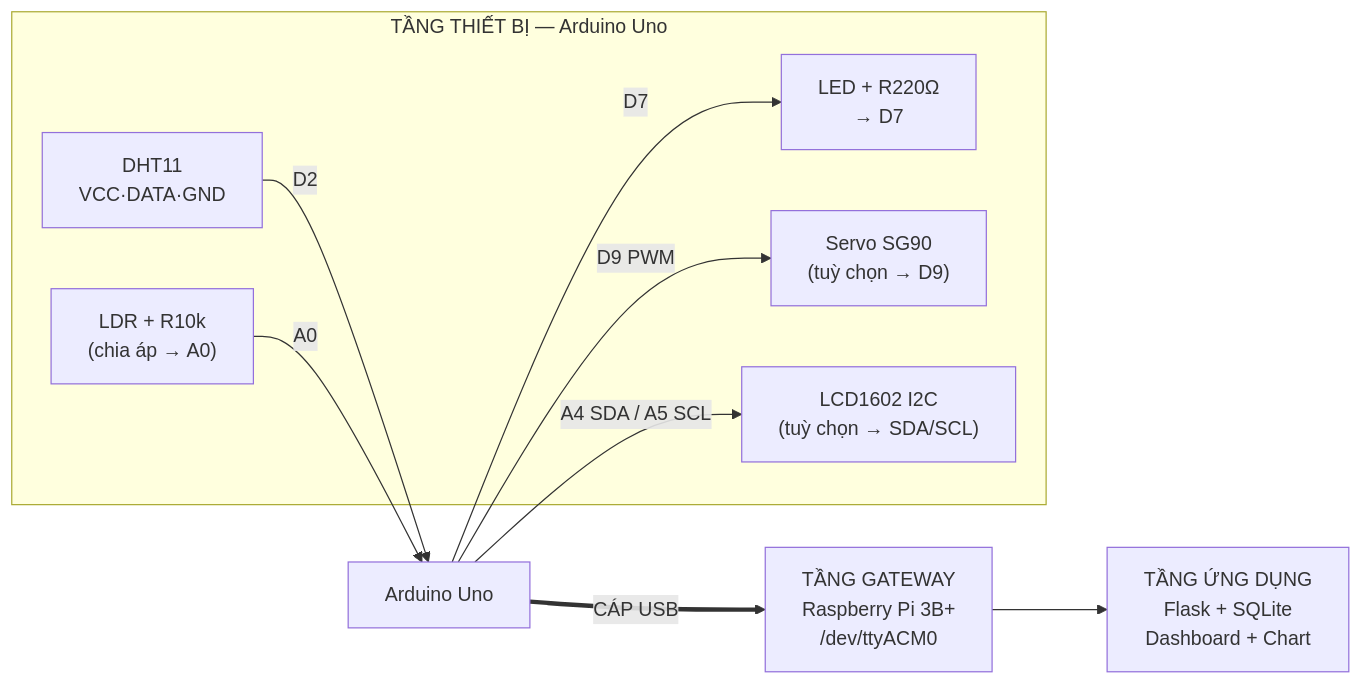
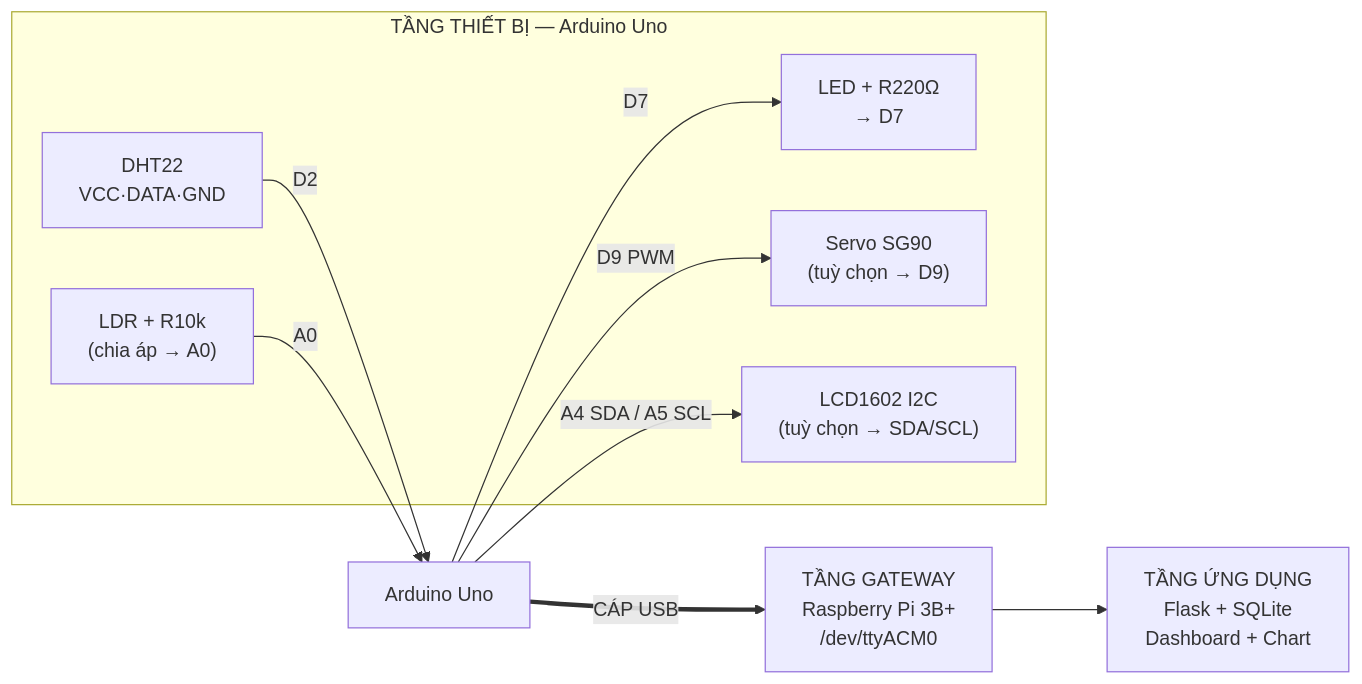
One commit to bnqtoan/smart-greenhouse-iot changed the diagram in docs/WIRING.md. Above: the diagram before and after it, drawn with Mermaid. The commit also changed other lines of this file and 5 other files, not shown here.

````diff
--- a/docs/WIRING.md
+++ b/docs/WIRING.md
@@ -11,17 +11,17 @@
 ```mermaid
 flowchart LR
     subgraph DEV["TẦNG THIẾT BỊ — Arduino Uno"]
-        DHT["DHT11<br/>VCC·DATA·GND"]
+        DHT["DHT22<br/>VCC·DATA·GND"]
         LDR["LDR + R10k<br/>(chia áp → A0)"]
         LED["LED + R220Ω<br/>→ D7"]
         SERVO["Servo SG90<br/>(tuỳ chọn → D9)"]
         LCD["LCD1602 I2C<br/>(tuỳ chọn → SDA/SCL)"]
     end
     DHT -->|D2| ARD[Arduino Uno]
     LDR -->|A0| ARD
     ARD -->|D7| LED
     ARD -->|D9 PWM| SERVO
     ARD -->|A4 SDA / A5 SCL| LCD
     ARD ==>|CÁP USB| PI["TẦNG GATEWAY<br/>Raspberry Pi 3B+<br/>/dev/ttyACM0"]
     PI --> FLASK["TẦNG ỨNG DỤNG<br/>Flask + SQLite<br/>Dashboard + Chart"]
 ```
````
